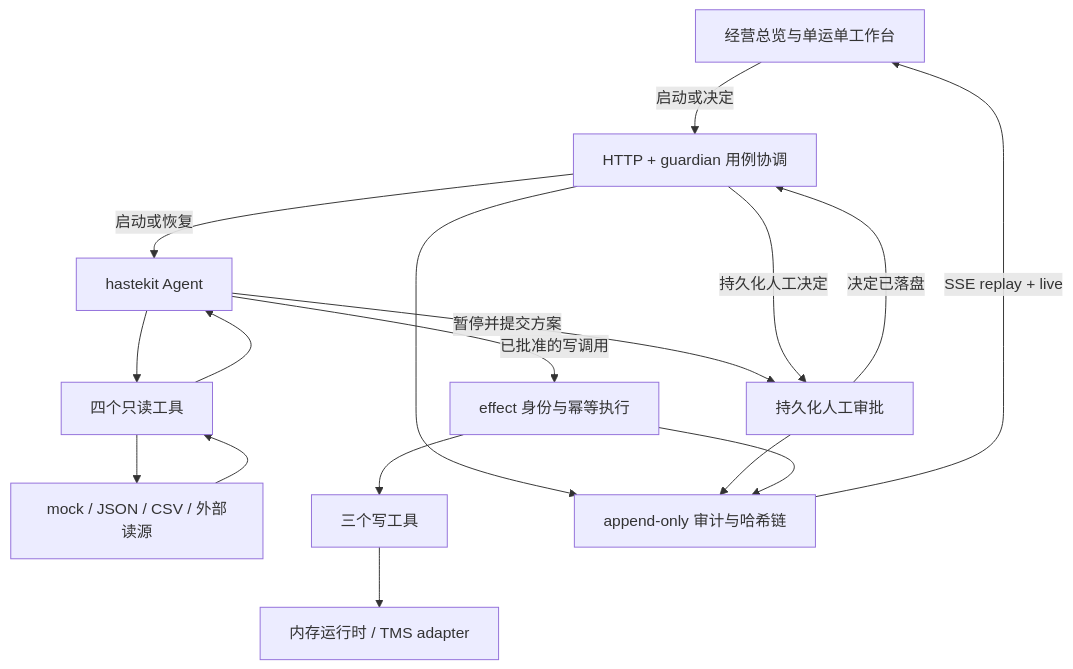
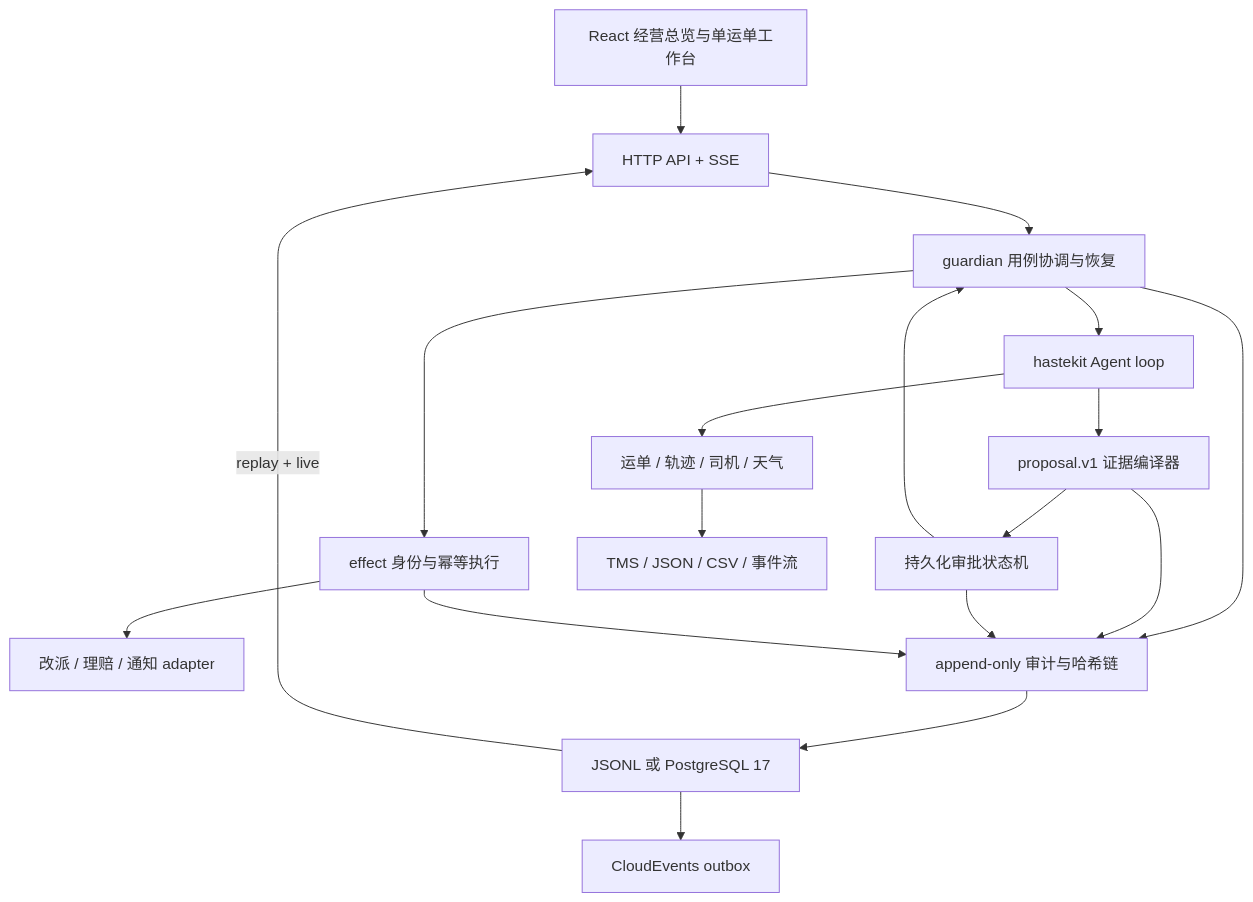
The first of 2 diagrams in README.md (Duang777/waybill-guardian), drawn with Mermaid before and after one commit. The commit also changed other lines of this file and 1 other file, not shown here.

````diff
--- a/README.md
+++ b/README.md
@@ -64,30 +195,34 @@
 ```mermaid
 flowchart TD
-  browser["经营总览与单运单工作台"]
-  guardian["HTTP + guardian 用例协调"]
-  agent["hastekit Agent"]
-  readtools["四个只读工具"]
-  sources["mock / JSON / CSV / 外部读源"]
-  approval["持久化人工审批"]
-  effects["effect 身份与幂等执行"]
-  writetools["三个写工具"]
-  platform["内存运行时 / TMS adapter"]
+  browser["React 经营总览与单运单工作台"]
+  api["HTTP API + SSE"]
+  guardian["guardian 用例协调与恢复"]
+  agent["hastekit Agent loop"]
+  proposal["proposal.v1 证据编译器"]
+  approval["持久化审批状态机"]
+  identity["effect 身份与幂等执行"]
+  reads["运单 / 轨迹 / 司机 / 天气"]
+  sources["TMS / JSON / CSV / 事件流"]
+  writes["改派 / 理赔 / 通知 adapter"]
   audit["append-only 审计与哈希链"]
+  storage["JSONL 或 PostgreSQL 17"]
+  outbox["CloudEvents outbox"]
 
-  browser -->|启动或决定| guardian
-  guardian -->|启动或恢复| agent
-  agent --> readtools
-  readtools --> sources
-  sources --> readtools
-  readtools --> agent
-  agent -->|暂停并提交方案| approval
-  guardian -->|持久化人工决定| approval
-  approval -->|决定已落盘| guardian
-  agent -->|已批准的写调用| effects
-  effects --> writetools
-  writetools --> platform
+  browser --> api
+  api --> guardian
+  guardian --> agent
+  agent --> reads
+  reads --> sources
+  agent --> proposal
+  proposal --> approval
+  approval --> guardian
+  guardian --> identity
+  identity --> writes
   guardian --> audit
+  proposal --> audit
   approval --> audit
-  effects --> audit
-  audit -->|SSE replay + live| browser
+  identity --> audit
+  audit --> storage
+  storage -->|replay + live| api
+  storage --> outbox
 ```
````
